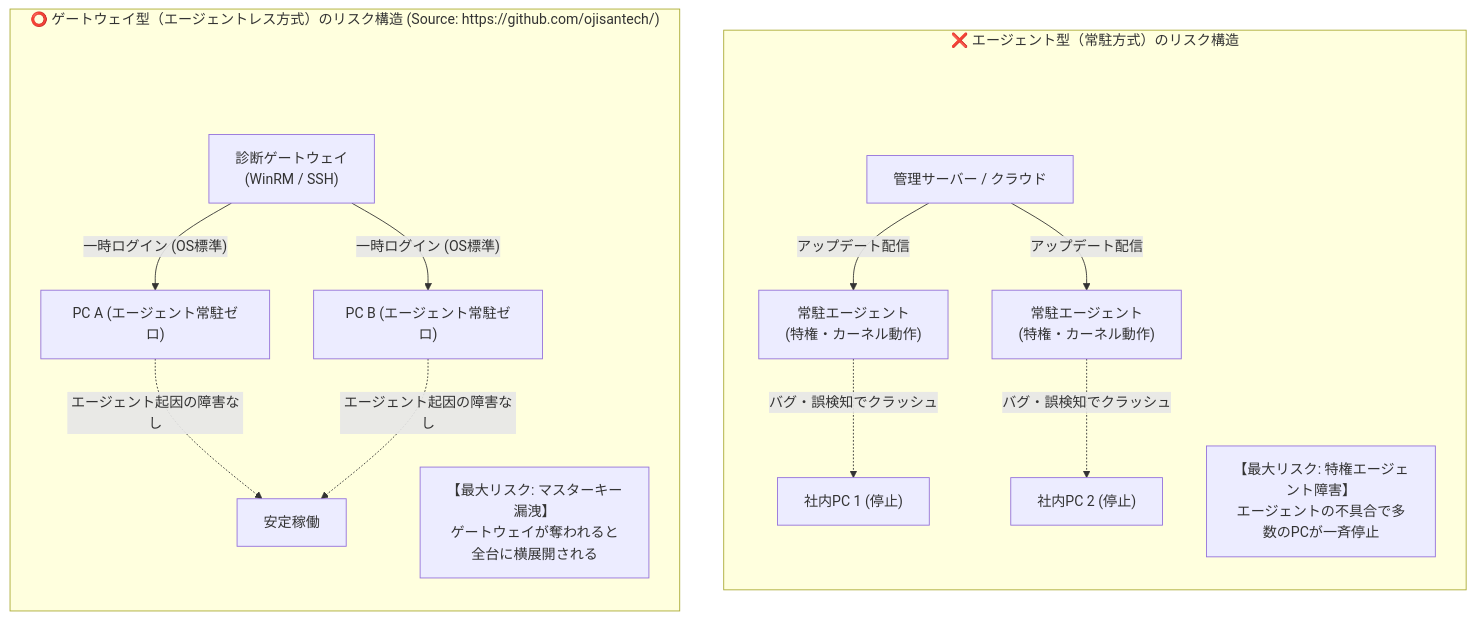
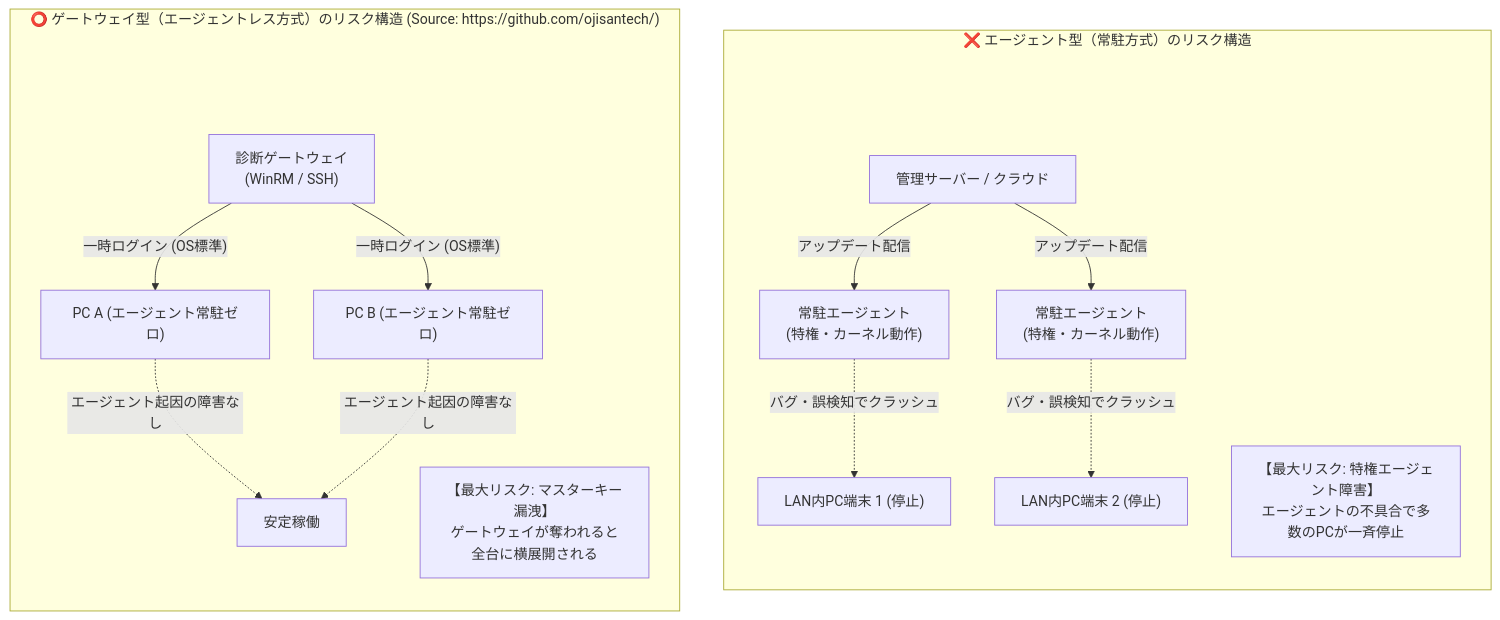
The first of 2 diagrams in QIITA_ARTICLE_DETAIL_8.md (ojisantech/ojisan-arsenal), drawn with Mermaid before and after one commit. The commit also changed other lines of this file, not shown here.

````diff
--- a/QIITA_ARTICLE_DETAIL_8.md
+++ b/QIITA_ARTICLE_DETAIL_8.md
@@ -59,25 +59,25 @@
 ```mermaid
 flowchart TD
     subgraph AgentMode ["❌ エージェント型（常駐方式）のリスク構造"]
         direction TB
         spacer_agentmode[" "] ~~~ AgentMaster
         style spacer_agentmode fill:none,stroke:none;
         AgentMaster["管理サーバー / クラウド"] -->|"アップデート配信"| Ag1["常駐エージェント<br/>(特権・カーネル動作)"]
         AgentMaster -->|"アップデート配信"| Ag2["常駐エージェント<br/>(特権・カーネル動作)"]
-        Ag1 -.->|"バグ・誤検知でクラッシュ"| PC1["社内PC 1 (停止)"]
-        Ag2 -.->|"バグ・誤検知でクラッシュ"| PC2["社内PC 2 (停止)"]
+        Ag1 -.->|"バグ・誤検知でクラッシュ"| PC1["LAN内PC端末 1 (停止)"]
+        Ag2 -.->|"バグ・誤検知でクラッシュ"| PC2["LAN内PC端末 2 (停止)"]
         Note1["【最大リスク: 特権エージェント障害】<br/>エージェントの不具合で多数のPCが一斉停止"]
     end
 
     subgraph GatewayMode ["⭕ ゲートウェイ型（エージェントレス方式）のリスク構造 (Source: https://github.com/ojisantech/)"]
         direction TB
         spacer_gatewaymode[" "] ~~~ GW
         style spacer_gatewaymode fill:none,stroke:none;
         GW["診断ゲートウェイ<br/>(WinRM / SSH)"]
         GW -->|"一時ログイン (OS標準)"| PC_A["PC A (エージェント常駐ゼロ)"]
         GW -->|"一時ログイン (OS標準)"| PC_B["PC B (エージェント常駐ゼロ)"]
         PC_A -.->|"エージェント起因の障害なし"| Safe["安定稼働"]
         PC_B -.->|"エージェント起因の障害なし"| Safe
         Note2["【最大リスク: マスターキー漏洩】<br/>ゲートウェイが奪われると全台に横展開される"]
     end
 ```
````
